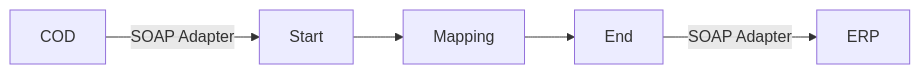
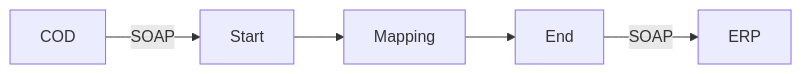
The diagram in REPSOL - Demo IA Docs/Check_Connectivity_to_SAP_Business_Suite_-_REPSOL/1.0.4/readme.md (Avvale-IA-CICD/AvvaleCPI), drawn with Mermaid before and after one commit. The commit also changed other lines of this file, not shown here.

````diff
--- a/REPSOL - Demo IA Docs/Check_Connectivity_to_SAP_Business_Suite_-_REPSOL/1.0.4/readme.md
+++ b/REPSOL - Demo IA Docs/Check_Connectivity_to_SAP_Business_Suite_-_REPSOL/1.0.4/readme.md
@@ -4,13 +4,13 @@
 ```mermaid
 graph LR
-    Participant_1[COD]
-    Participant_2[ERP]
-    StartEvent_1[Start]
-    EndEvent_1[End]
-    CallActivity_1[Mapping]
+    COD[COD]
+    ERP[ERP]
+    Start[Start]
+    Mapping[Mapping]
+    End[End]
 
-    Participant_1 -- SOAP Adapter --> StartEvent_1
-    StartEvent_1 --> CallActivity_1
-    CallActivity_1 --> EndEvent_1
-    EndEvent_1 -- SOAP Adapter --> Participant_2
+    COD -- SOAP --> Start
+    Start --> Mapping
+    Mapping --> End
+    End -- SOAP --> ERP
 ```
````
